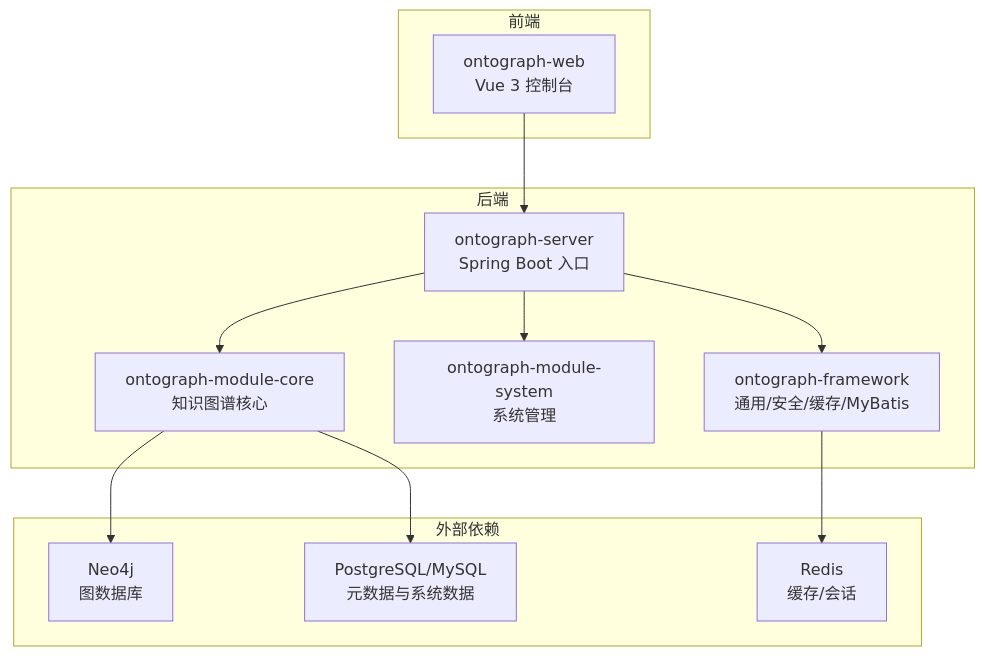
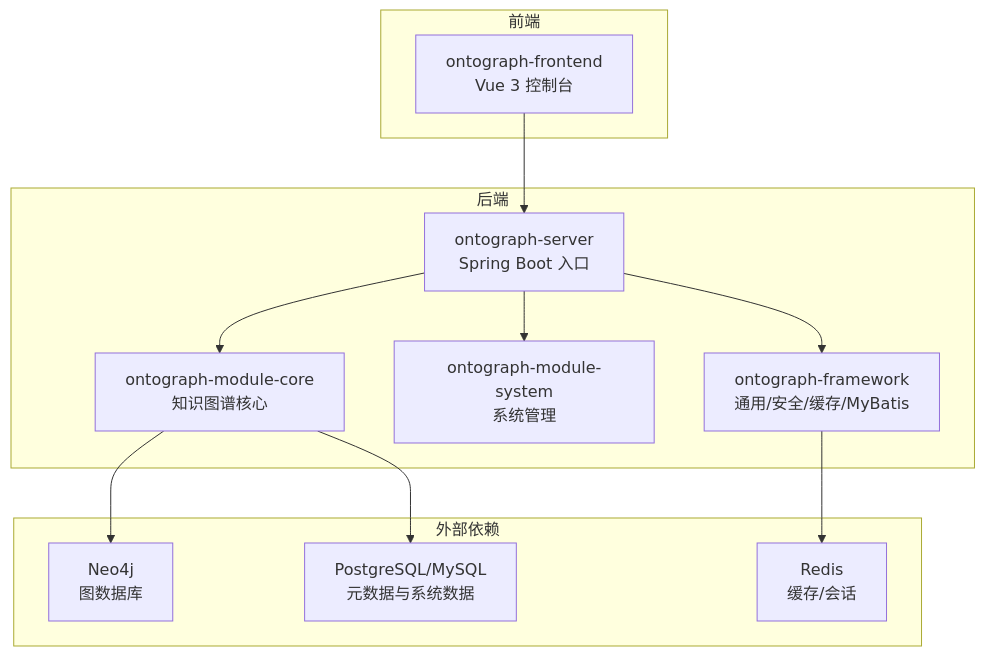
The first of 5 diagrams in docs/manual/快速开始.md (joezxh/graphiti-java), drawn with Mermaid before and after one commit. The commit also changed other lines of this file and 27389 other files, not shown here.

Commit message:
refactor: 将 ontograph-web 重命名为 ontograph-frontend

````diff
--- a/docs/manual/快速开始.md
+++ b/docs/manual/快速开始.md
@@ -50,24 +50,24 @@
 ```mermaid
 graph TB
 subgraph "后端"
 S["ontograph-server<br/>Spring Boot 入口"]
 F["ontograph-framework<br/>通用/安全/缓存/MyBatis"]
 SYS["ontograph-module-system<br/>系统管理"]
 CORE["ontograph-module-core<br/>知识图谱核心"]
 end
 subgraph "前端"
-WEB["ontograph-web<br/>Vue 3 控制台"]
+WEB["ontograph-frontend<br/>Vue 3 控制台"]
 end
 subgraph "外部依赖"
 N4J["Neo4j<br/>图数据库"]
 PG["PostgreSQL/MySQL<br/>元数据与系统数据"]
 RDS["Redis<br/>缓存/会话"]
 end
 WEB --> S
 S --> CORE
 S --> SYS
 S --> F
 CORE --> N4J
 CORE --> PG
 F --> RDS
 ```
````
